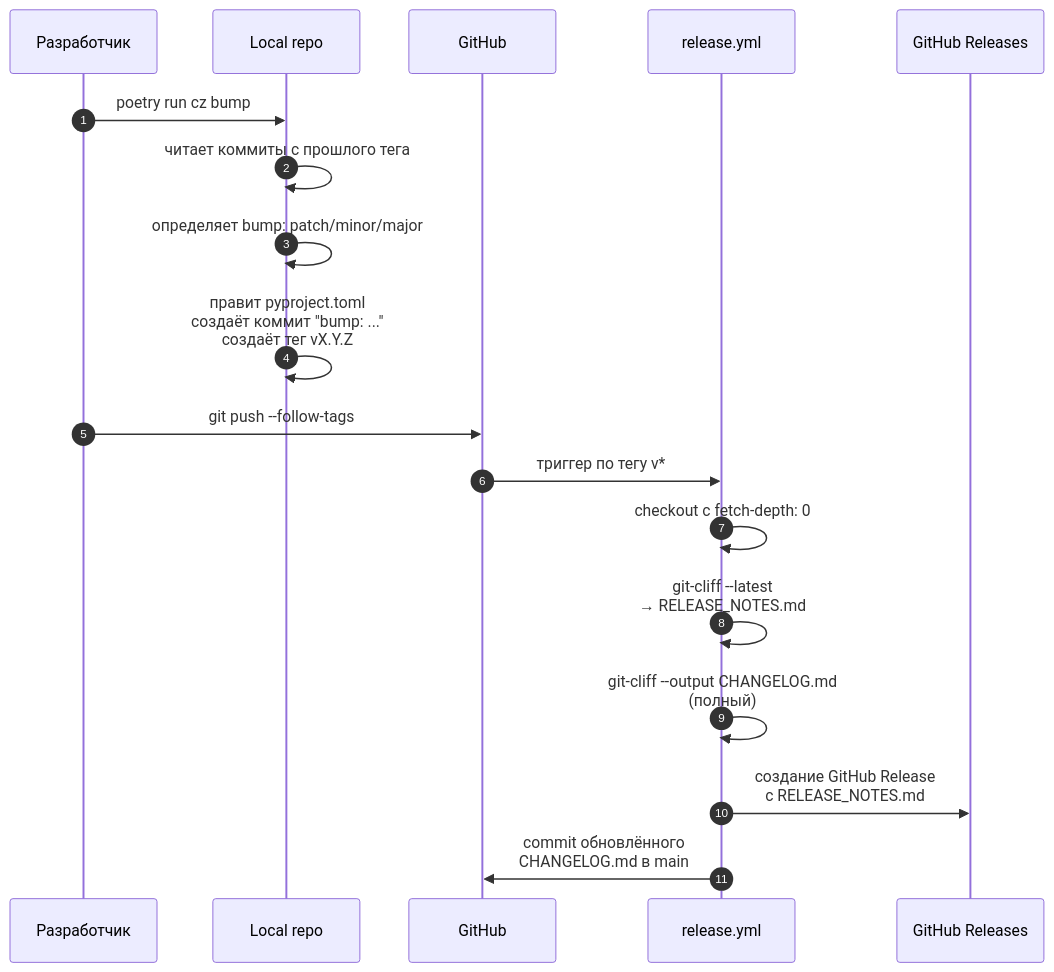
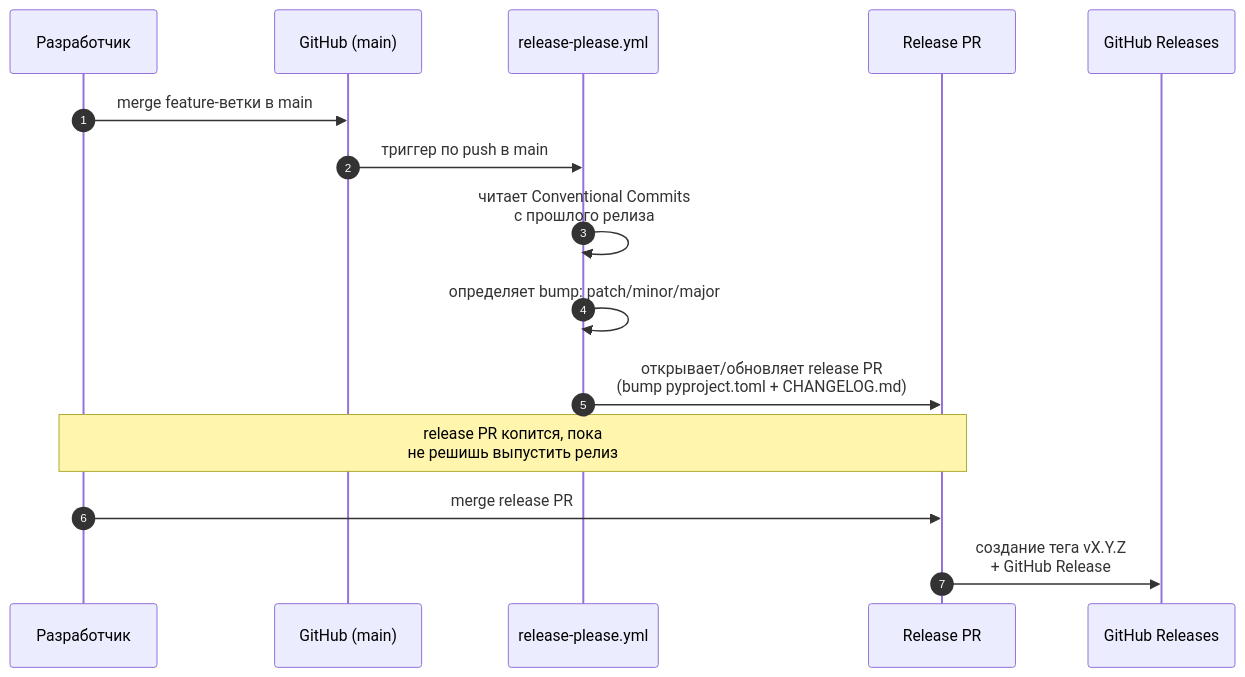
One commit to k0te1ch/python-template changed the eighth of 9 diagrams in docs/WORKFLOW.md. Above: the diagram before and after it, drawn with Mermaid. The commit also changed other lines of this file and 7 other files, not shown here.

Commit message:
ci: migrate release automation to release-please (#3)

````diff
--- a/docs/WORKFLOW.md
+++ b/docs/WORKFLOW.md
@@ -316,21 +320,18 @@
 ```mermaid
 sequenceDiagram
     autonumber
     participant Dev as Разработчик
-    participant Local as Local repo
-    participant GH as GitHub
-    participant CI as release.yml
+    participant GH as GitHub (main)
+    participant CI as release-please.yml
+    participant PR as Release PR
     participant Rel as GitHub Releases
 
-    Dev->>Local: poetry run cz bump
-    Local->>Local: читает коммиты с прошлого тега
-    Local->>Local: определяет bump: patch/minor/major
-    Local->>Local: правит pyproject.toml<br/>создаёт коммит "bump: ..."<br/>создаёт тег vX.Y.Z
-    Dev->>GH: git push --follow-tags
-    GH->>CI: триггер по тегу v*
-    CI->>CI: checkout с fetch-depth: 0
-    CI->>CI: git-cliff --latest<br/>→ RELEASE_NOTES.md
-    CI->>CI: git-cliff --output CHANGELOG.md<br/>(полный)
-    CI->>Rel: создание GitHub Release<br/>с RELEASE_NOTES.md
-    CI->>GH: commit обновлённого<br/>CHANGELOG.md в main
+    Dev->>GH: merge feature-ветки в main
+    GH->>CI: триггер по push в main
+    CI->>CI: читает Conventional Commits<br/>с прошлого релиза
+    CI->>CI: определяет bump: patch/minor/major
+    CI->>PR: открывает/обновляет release PR<br/>(bump pyproject.toml + CHANGELOG.md)
+    Note over Dev,PR: release PR копится, пока<br/>не решишь выпустить релиз
+    Dev->>PR: merge release PR
+    PR->>Rel: создание тега vX.Y.Z<br/>+ GitHub Release
 ```
````
